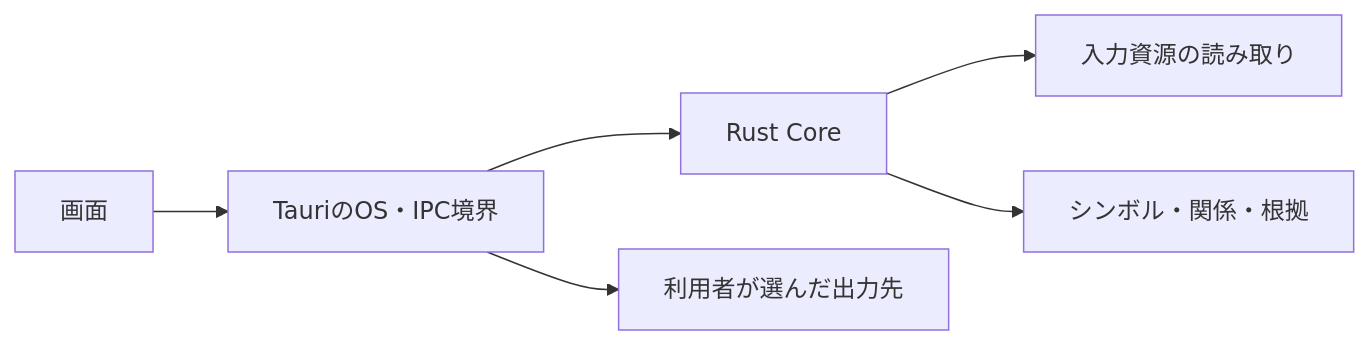
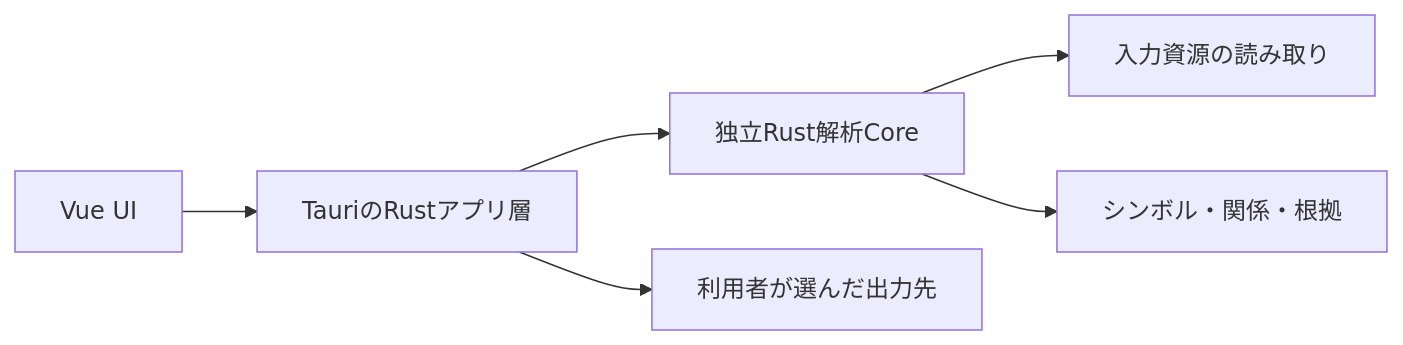
One commit to kz-oshiro/legacists changed the diagram in docs/design.md. Above: the diagram before and after it, drawn with Mermaid. The commit also changed other lines of this file and 2 other files, not shown here.

Commit message:
docs: define Vue and Rust layers with separable analysis core

````diff
--- a/docs/design.md
+++ b/docs/design.md
@@ -37,8 +40,8 @@
 ```mermaid
 flowchart LR
-    UI[画面] --> IPC[TauriのOS・IPC境界]
-    IPC --> Core[Rust Core]
+    UI[Vue UI] --> IPC[TauriのRustアプリ層]
+    IPC --> Core[独立Rust解析Core]
     Core --> Input[入力資源の読み取り]
     Core --> Graph[シンボル・関係・根拠]
     IPC --> Export[利用者が選んだ出力先]
 ```
````
